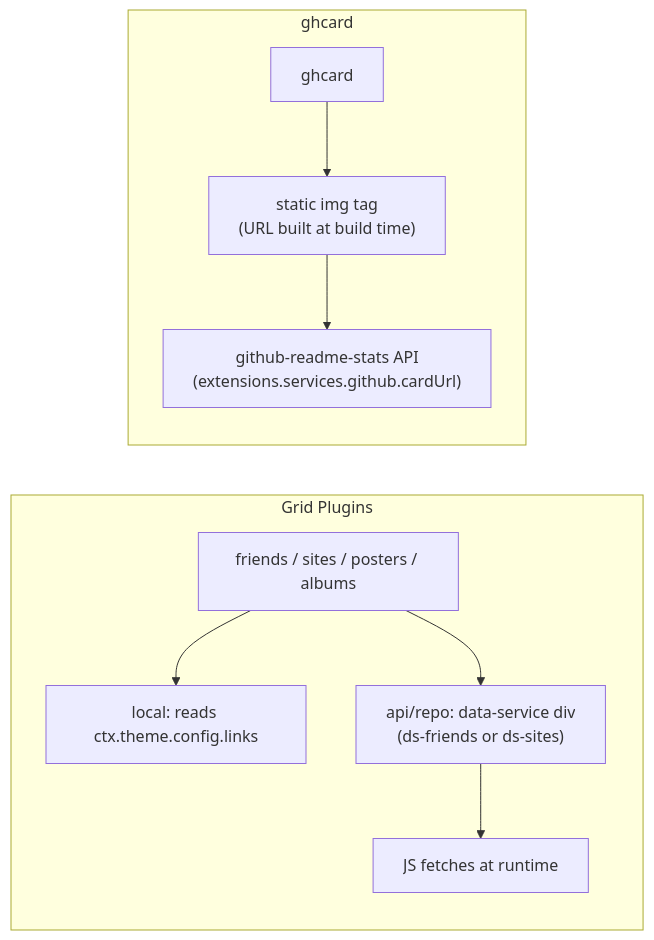
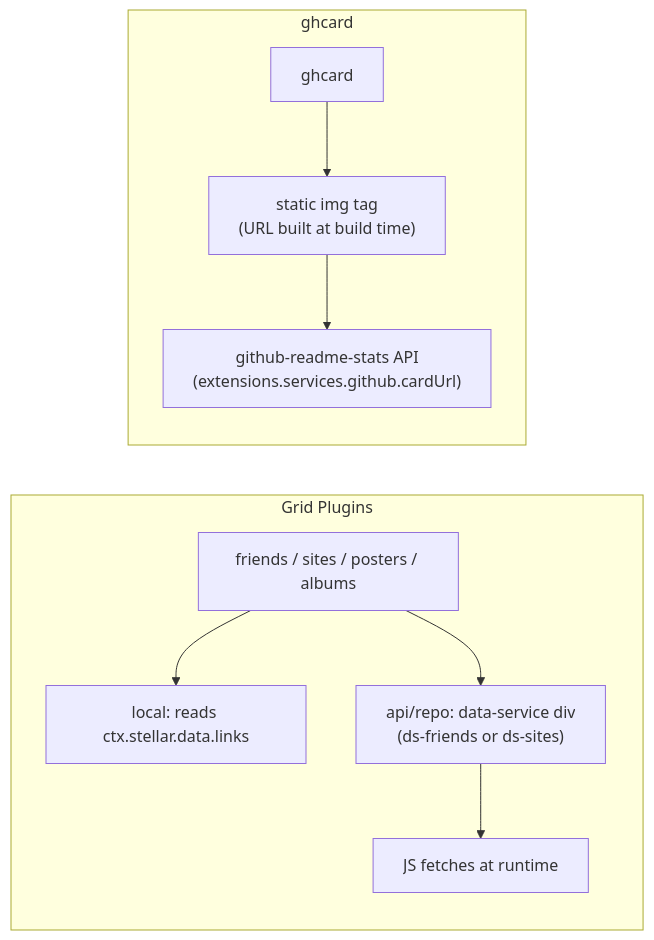
Before and after one commit to xaoxuu/hexo-theme-stellar: the fourth of 4 diagrams in docs/knowledge/04-标签插件/social-content-card-tags.md, drawn with Mermaid. The commit also changed other lines of this file and 101 other files, not shown here.

````diff
--- a/docs/knowledge/04-标签插件/social-content-card-tags.md
+++ b/docs/knowledge/04-标签插件/social-content-card-tags.md
@@ -341,14 +341,14 @@
 ```mermaid
 flowchart LR
     subgraph "Grid Plugins"
         GP["friends / sites / posters / albums"]
-        GP --> LP["local: reads ctx.theme.config.links"]
+        GP --> LP["local: reads ctx.stellar.data.links"]
         GP --> AP["api/repo: data-service div\n(ds-friends or ds-sites)"]
         AP --> JS["JS fetches at runtime"]
     end
     subgraph "ghcard"
         GC["ghcard"]
         GC --> IMG["static img tag\n(URL built at build time)"]
         IMG --> GHAPI["github-readme-stats API\n(extensions.services.github.cardUrl)"]
     end
 ```
````
